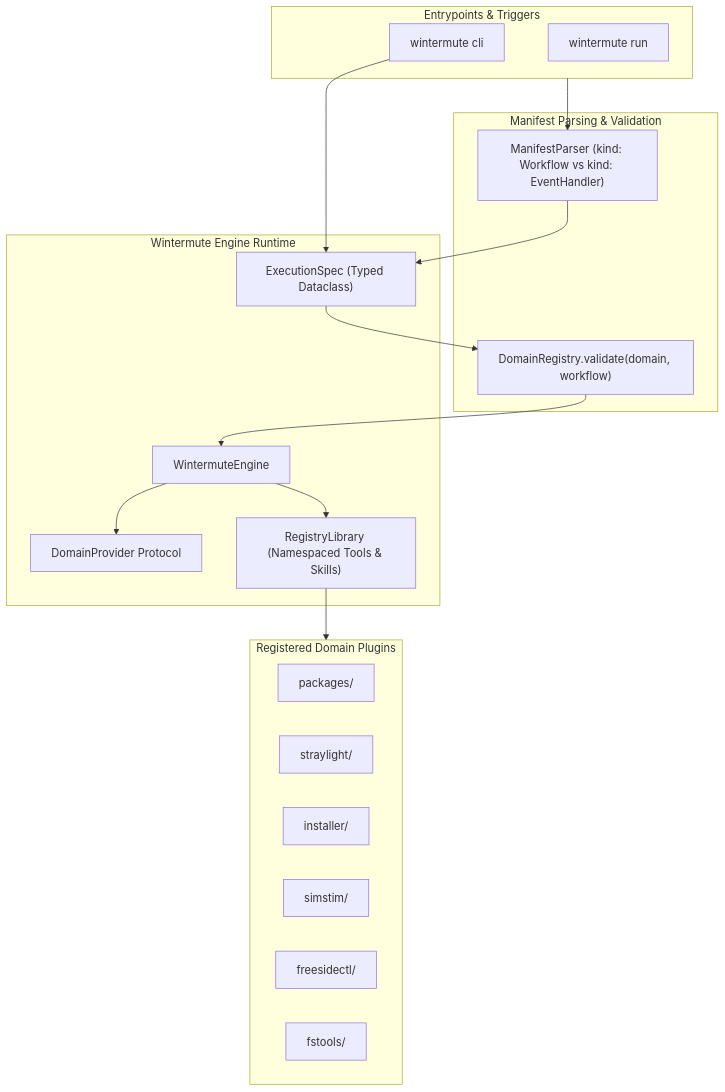
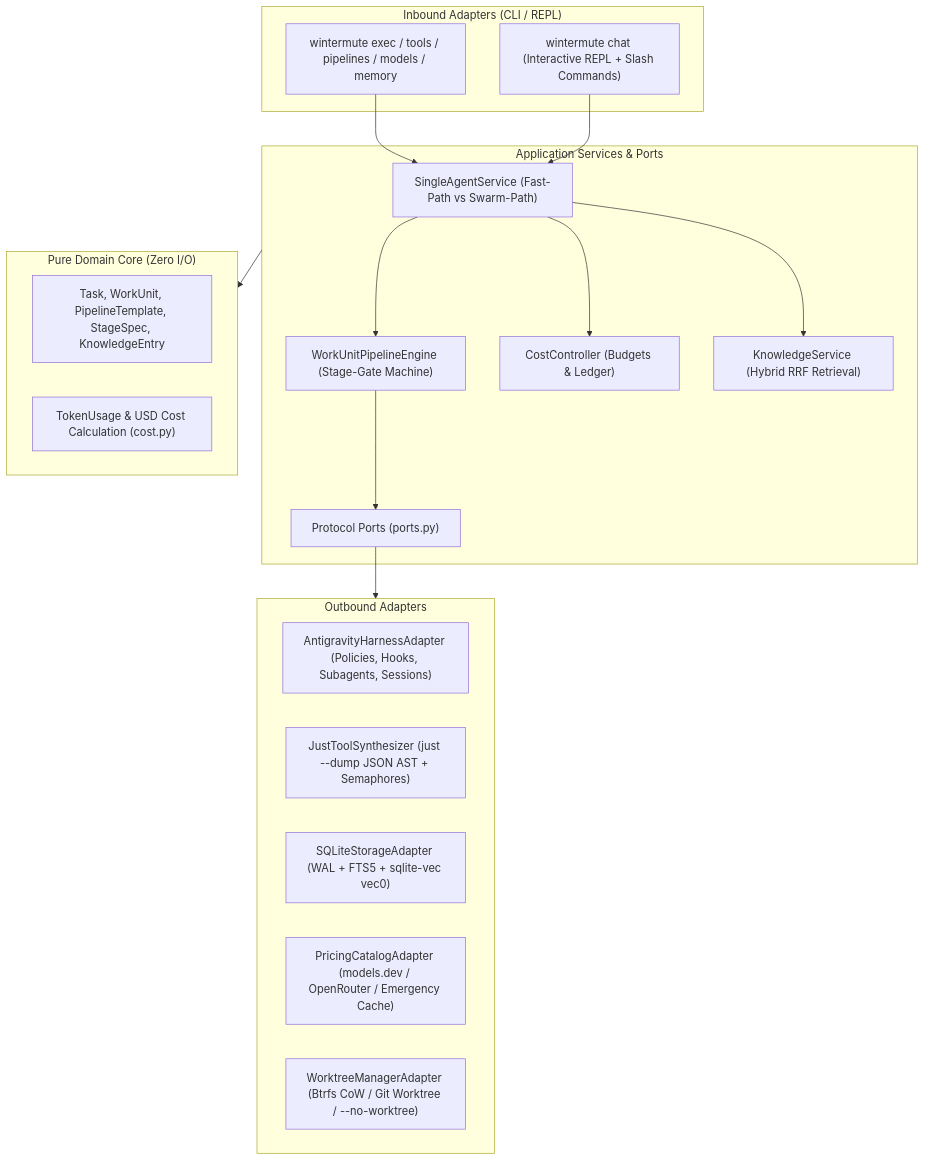
One commit to freeside-os/docs changed the diagram in specifications/wintermute_architecture.md. Above: the diagram before and after it, drawn with Mermaid. The commit also changed other lines of this file and 3 other files, not shown here.

Commit message:
docs(wintermute): document v2 architecture, CLI sessions, budgets, and workflows

````diff
--- a/specifications/wintermute_architecture.md
+++ b/specifications/wintermute_architecture.md
@@ -11,37 +11,37 @@
 ```mermaid
 graph TD
-    subgraph Triggers ["Entrypoints & Triggers"]
-        CLI["wintermute cli <domain> <workflow>"]
-        RunCmd["wintermute run <manifest.yaml>"]
+    subgraph Inbound ["Inbound Adapters (CLI / REPL)"]
+        CLI["wintermute exec / tools / pipelines / models / memory"]
+        REPL["wintermute chat (Interactive REPL + Slash Commands)"]
     end
 
-    subgraph ManifestParser ["Manifest Parsing & Validation"]
-        Parser["ManifestParser (kind: Workflow vs kind: EventHandler)"]
-        Validator["DomainRegistry.validate(domain, workflow)"]
+    subgraph Application ["Application Services & Ports"]
+        Router["SingleAgentService (Fast-Path vs Swarm-Path)"]
+        Pipeline["WorkUnitPipelineEngine (Stage-Gate Machine)"]
+        CostSvc["CostController (Budgets & Ledger)"]
+        KnowSvc["KnowledgeService (Hybrid RRF Retrieval)"]
+        Ports["Protocol Ports (ports.py)"]
     end
 
-    subgraph EngineCore ["Wintermute Engine Runtime"]
-        Spec["ExecutionSpec (Typed Dataclass)"]
-        Engine["WintermuteEngine"]
-        Provider["DomainProvider Protocol"]
-        Library["RegistryLibrary (Namespaced Tools & Skills)"]
+    subgraph Domain ["Pure Domain Core (Zero I/O)"]
+        Models["Task, WorkUnit, PipelineTemplate, StageSpec, KnowledgeEntry"]
+        CostMath["TokenUsage & USD Cost Calculation (cost.py)"]
     end
 
-    subgraph ComponentDomains ["Registered Domain Plugins"]
-        PkgDomain["packages/"]
-        StraylightDomain["straylight/"]
-        InstallerDomain["installer/"]
-        SimstimDomain["simstim/"]
-        FreesidectlDomain["freesidectl/"]
-        FstoolsDomain["fstools/"]
+    subgraph Outbound ["Outbound Adapters"]
+        Harness["AntigravityHarnessAdapter (Policies, Hooks, Subagents, Sessions)"]
+        JustSynth["JustToolSynthesizer (just --dump JSON AST + Semaphores)"]
+        Storage["SQLiteStorageAdapter (WAL + FTS5 + sqlite-vec vec0)"]
+        Pricing["PricingCatalogAdapter (models.dev / OpenRouter / Emergency Cache)"]
+        Worktree["WorktreeManagerAdapter (Btrfs CoW / Git Worktree / --no-worktree)"]
     end
 
-    Triggers --> Parser
-    CLI --> Spec
-    Parser --> Spec
-    Spec --> Validator
-    Validator --> Engine
-    Engine --> Provider
-    Engine --> Library
-    Library --> ComponentDomains
+    CLI --> Router
+    REPL --> Router
+    Router --> Pipeline
+    Router --> CostSvc
+    Router --> KnowSvc
+    Pipeline --> Ports
+    Ports --> Outbound
+    Application --> Domain
 ```
````
